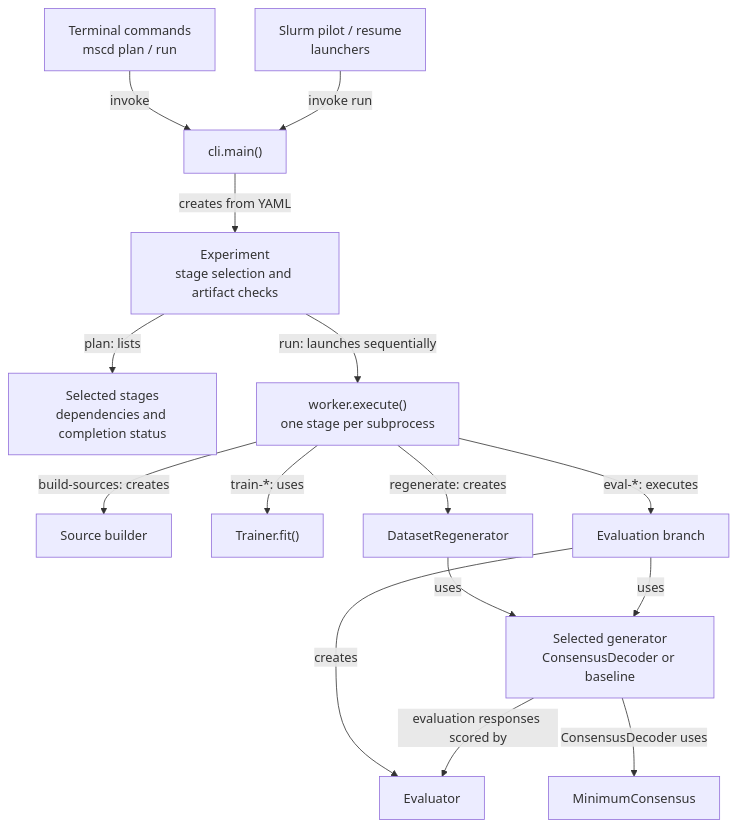
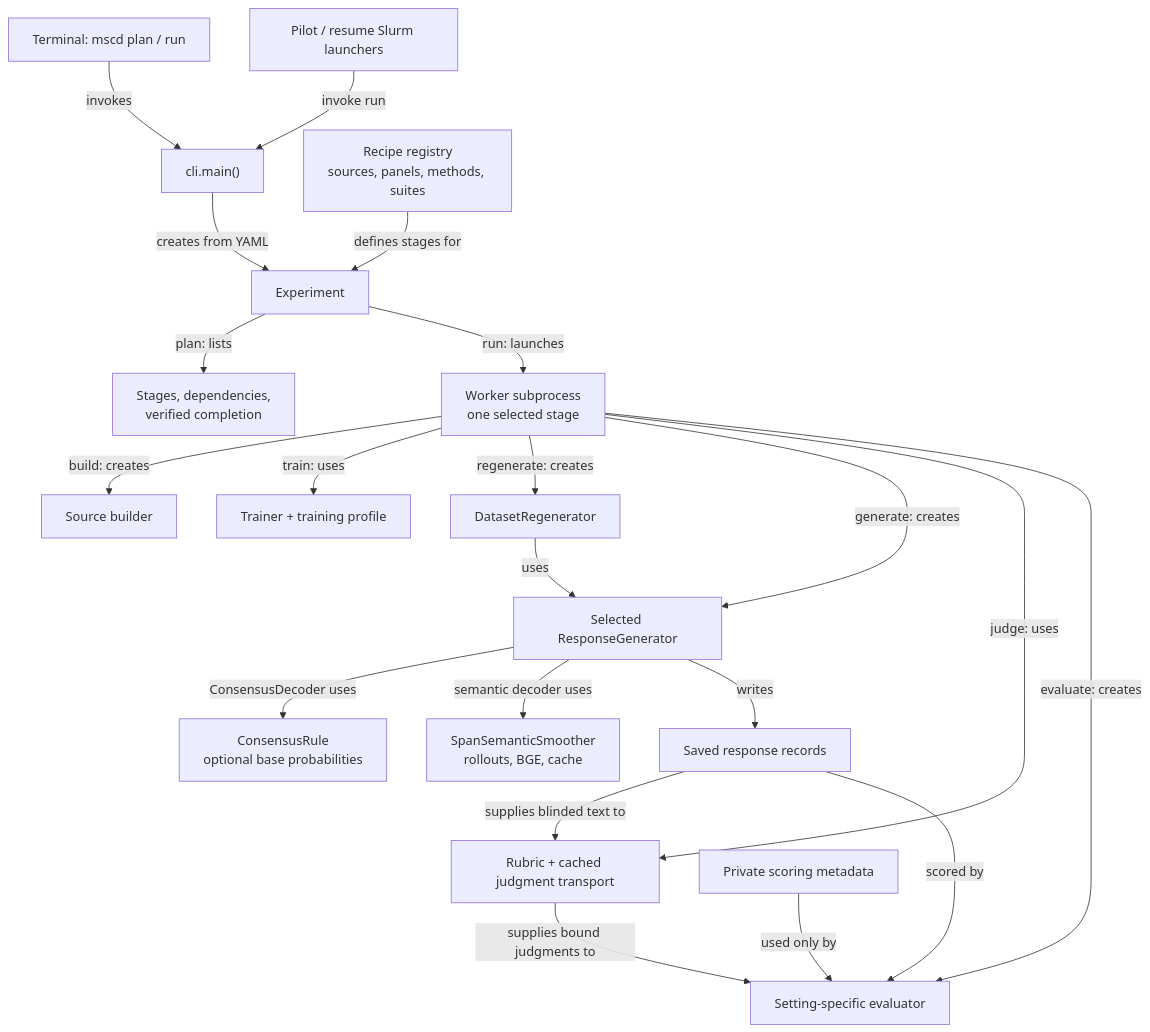
The diagram in README.md (ArtinTD/subliminal-mitigate), drawn with Mermaid before and after one commit. The commit also changed other lines of this file and 125 other files, not shown here.

````diff
--- a/README.md
+++ b/README.md
@@ -39,19 +41,23 @@
 ```mermaid
 flowchart TB
-    Terminal["Terminal commands<br/>mscd plan / run"] -->|invoke| CLI["cli.main()"]
-    Slurm["Slurm pilot / resume<br/>launchers"] -->|invoke run| CLI
-    CLI -->|creates from YAML| Experiment["Experiment<br/>stage selection and artifact checks"]
-    Experiment -->|plan: lists| Preview["Selected stages<br/>dependencies and completion status"]
-    Experiment -->|run: launches sequentially| Worker["worker.execute()<br/>one stage per subprocess"]
-
-    Worker -->|build-sources: creates| Sources["Source builder"]
-    Worker -->|train-*: uses| Trainer["Trainer.fit()"]
-    Worker -->|regenerate: creates| Regenerator["DatasetRegenerator"]
-    Worker -->|eval-*: executes| Evaluation["Evaluation branch"]
-
-    Regenerator -->|uses| Generator["Selected generator<br/>ConsensusDecoder or baseline"]
-    Evaluation -->|uses| Generator
-    Evaluation -->|creates| Scorer["Evaluator"]
-    Generator -->|evaluation responses scored by| Scorer
-    Generator -->|ConsensusDecoder uses| Rule["MinimumConsensus"]
+    Terminal["Terminal: mscd plan / run"] -->|invokes| CLI["cli.main()"]
+    Slurm["Pilot / resume Slurm launchers"] -->|invoke run| CLI
+    CLI -->|creates from YAML| Experiment["Experiment"]
+    Recipe["Recipe registry<br/>sources, panels, methods, suites"] -->|defines stages for| Experiment
+    Experiment -->|plan: lists| Preview["Stages, dependencies,<br/>verified completion"]
+    Experiment -->|run: launches| Worker["Worker subprocess<br/>one selected stage"]
+    Worker -->|build: creates| Builder["Source builder"]
+    Worker -->|train: uses| Trainer["Trainer + training profile"]
+    Worker -->|regenerate: creates| Regen["DatasetRegenerator"]
+    Worker -->|generate: creates| Generator["Selected ResponseGenerator"]
+    Regen -->|uses| Generator
+    Generator -->|ConsensusDecoder uses| Rule["ConsensusRule<br/>optional base probabilities"]
+    Generator -->|semantic decoder uses| Smoothing["SpanSemanticSmoother<br/>rollouts, BGE, cache"]
+    Generator -->|writes| Responses["Saved response records"]
+    Worker -->|judge: uses| Judge["Rubric + cached judgment transport"]
+    Responses -->|supplies blinded text to| Judge
+    Worker -->|evaluate: creates| Evaluator["Setting-specific evaluator"]
+    Responses -->|scored by| Evaluator
+    Judge -->|supplies bound judgments to| Evaluator
+    Labels["Private scoring metadata"] -->|used only by| Evaluator
 ```
````
